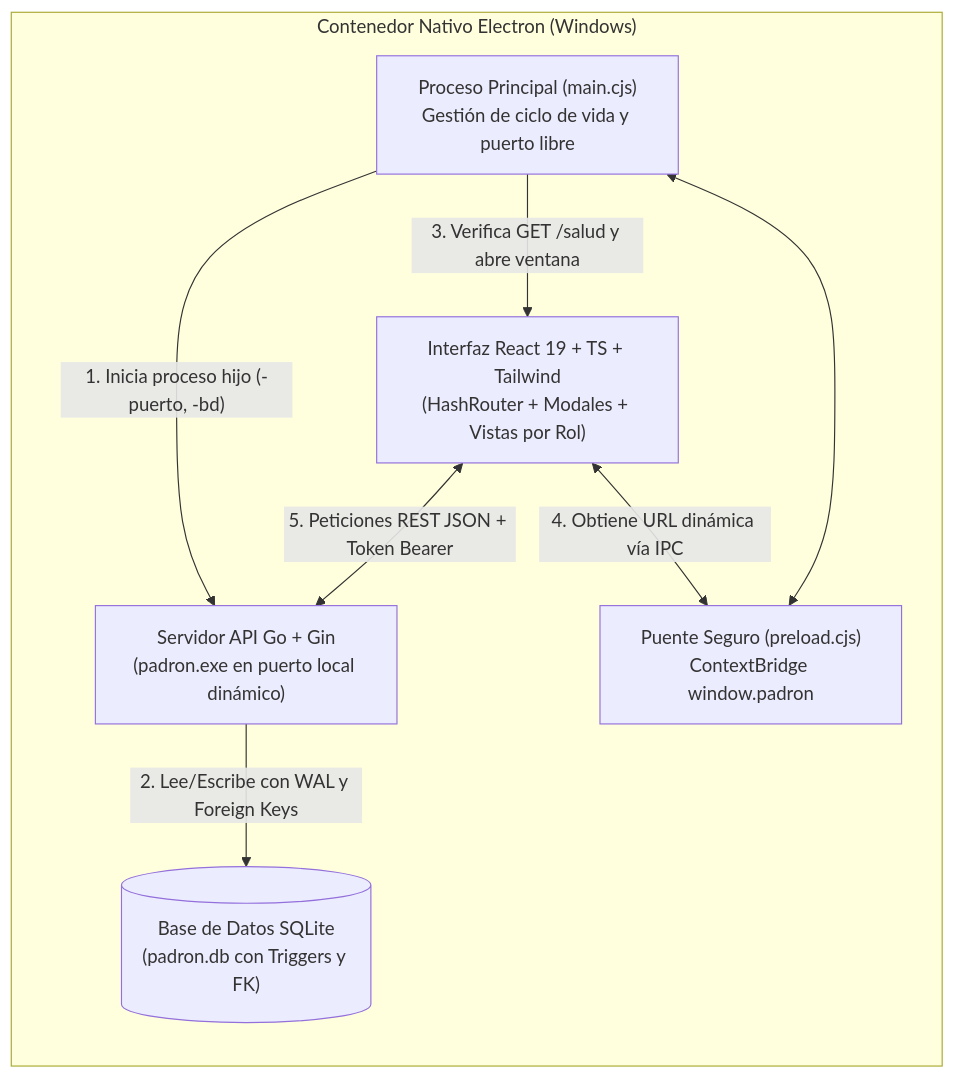
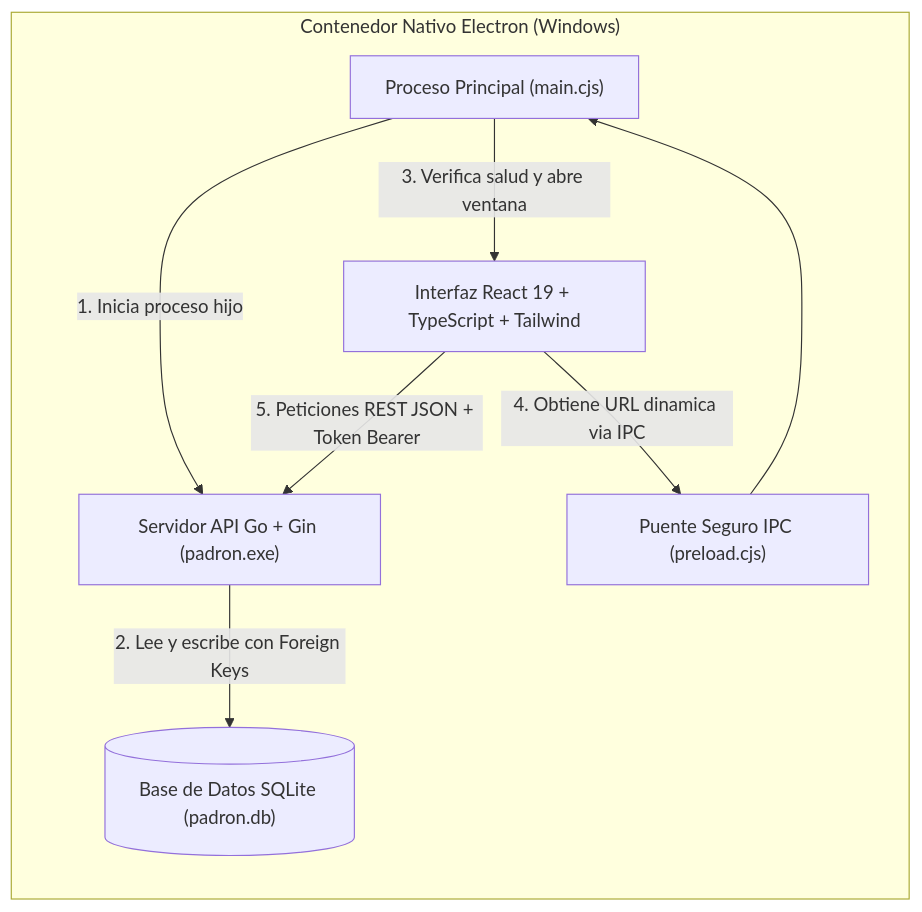
One commit to ShotOz-Code/api_padron changed the first of 4 diagrams in MANUAL_TECNICO_Y_FLUJO.md. Above: the diagram before and after it, drawn with Mermaid. The commit also changed other lines of this file and 1 other file, not shown here.

Commit message:
docs: actualizar documentacion del frontend, manual tecnico y flujo operativo con diagramas corregidos

````diff
--- a/MANUAL_TECNICO_Y_FLUJO.md
+++ b/MANUAL_TECNICO_Y_FLUJO.md
@@ -13,18 +13,18 @@
 ```mermaid
 flowchart LR
     subgraph Electron["Contenedor Nativo Electron (Windows)"]
         direction TB
-        Main["Proceso Principal (main.cjs)\nGestión de ciclo de vida y puerto libre"]
-        Preload["Puente Seguro (preload.cjs)\nContextBridge window.padron"]
-        Renderer["Interfaz React 19 + TS + Tailwind\n(HashRouter + Modales + Vistas por Rol)"]
-        Backend["Servidor API Go + Gin\n(padron.exe en puerto local dinámico)"]
-        DB[("Base de Datos SQLite\n(padron.db con Triggers y FK)")]
+        Main["Proceso Principal (main.cjs)"]
+        Preload["Puente Seguro IPC (preload.cjs)"]
+        Renderer["Interfaz React 19 + TypeScript + Tailwind"]
+        Backend["Servidor API Go + Gin (padron.exe)"]
+        DB[("Base de Datos SQLite (padron.db)")]
 
-        Main -->|"1. Inicia proceso hijo (-puerto, -bd)"| Backend
-        Backend -->|"2. Lee/Escribe con WAL y Foreign Keys"| DB
-        Main -->|"3. Verifica GET /salud y abre ventana"| Renderer
-        Renderer <-->|"4. Obtiene URL dinámica vía IPC"| Preload
-        Preload <--> Main
-        Renderer <-->|"5. Peticiones REST JSON + Token Bearer"| Backend
+        Main -->|"1. Inicia proceso hijo"| Backend
+        Backend -->|"2. Lee y escribe con Foreign Keys"| DB
+        Main -->|"3. Verifica salud y abre ventana"| Renderer
+        Renderer -->|"4. Obtiene URL dinamica via IPC"| Preload
+        Preload --> Main
+        Renderer -->|"5. Peticiones REST JSON + Token Bearer"| Backend
     end
 ```
````
